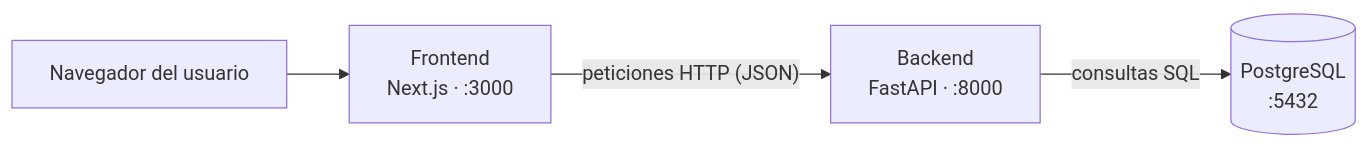
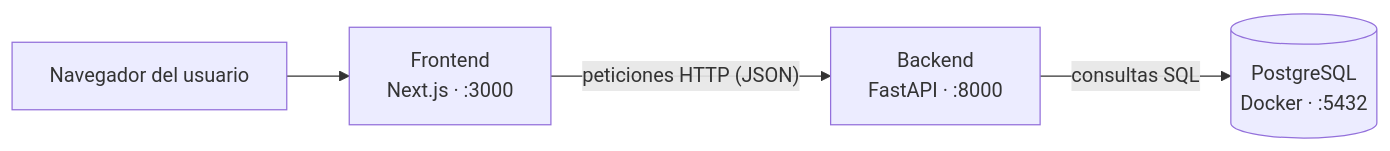
Before and after one commit to belenmrqz/Inmo-leads: the first of 3 diagrams in README.md, drawn with Mermaid. The commit also changed other lines of this file and 2 other files, not shown here.

````diff
--- a/README.md
+++ b/README.md
@@ -63,6 +86,6 @@
 ```mermaid
 flowchart LR
     A[Navegador del usuario] --> B["Frontend<br/>Next.js · :3000"]
     B -->|"peticiones HTTP (JSON)"| C["Backend<br/>FastAPI · :8000"]
-    C -->|consultas SQL| D[("PostgreSQL<br/>:5432")]
+    C -->|consultas SQL| D[("PostgreSQL<br/>Docker · :5432")]
 ```
````
